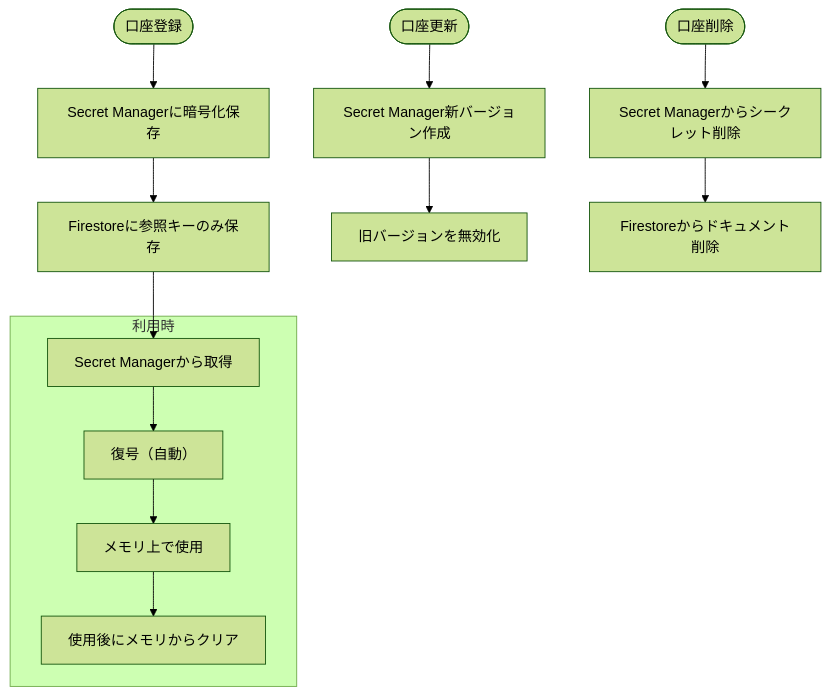
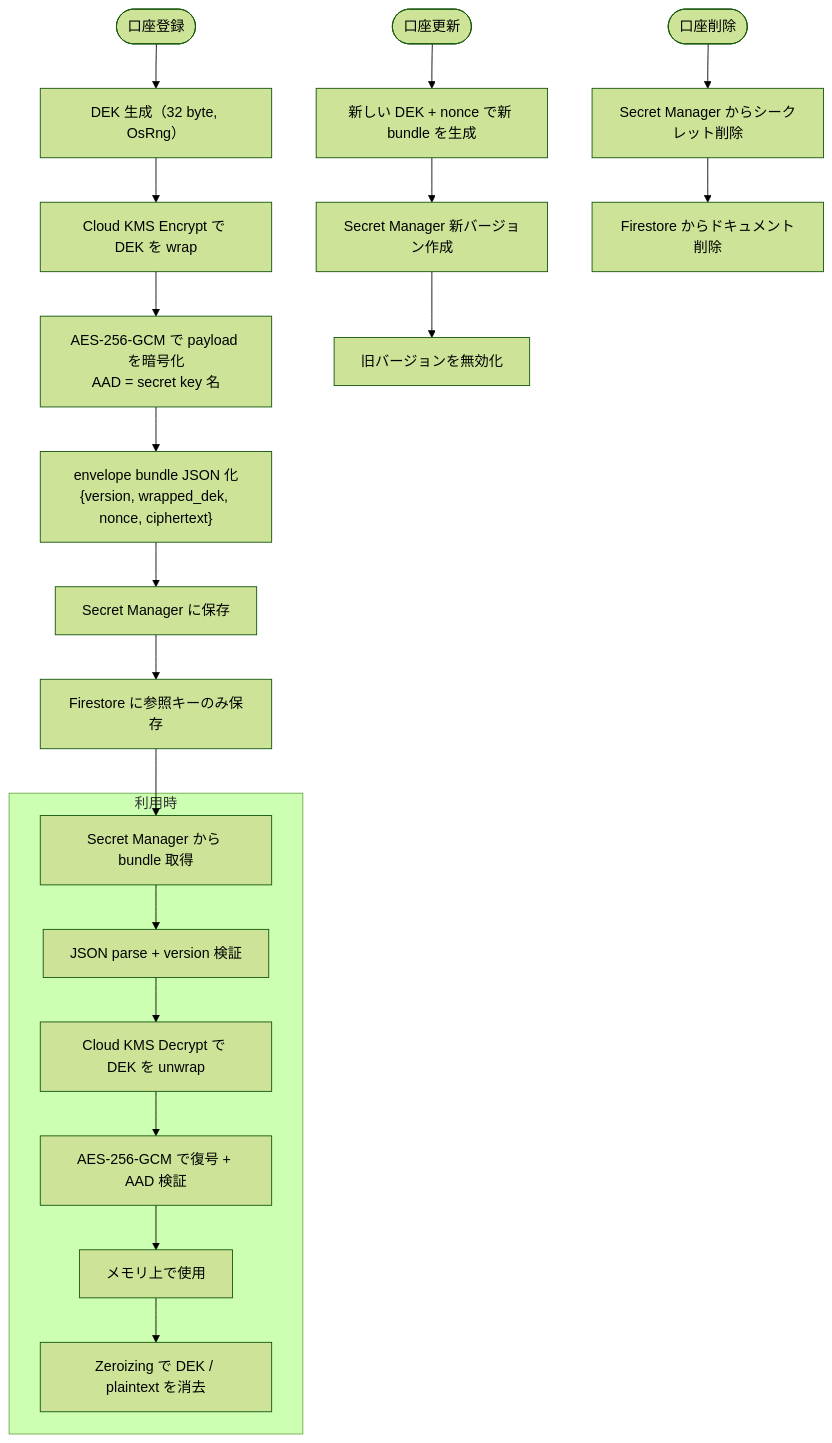
One commit to lihs-ie/ipotto changed the third of 5 diagrams in docs/09-security-design/security-design.md. Above: the diagram before and after it, drawn with Mermaid (forest theme). The commit also changed other lines of this file and 2 other files, not shown here.

First line of the commit message:
docs: document envelope encryption for credential storage

````diff
--- a/docs/09-security-design/security-design.md
+++ b/docs/09-security-design/security-design.md
@@ -206,19 +215,26 @@
 ```mermaid
 flowchart TD
-    Create([口座登録]) --> Encrypt[Secret Managerに暗号化保存]
-    Encrypt --> Store[Firestoreに参照キーのみ保存]
+    Create([口座登録]) --> GenDek["DEK 生成（32 byte, OsRng）"]
+    GenDek --> WrapDek[Cloud KMS Encrypt で DEK を wrap]
+    WrapDek --> AesGcm["AES-256-GCM で payload を暗号化<br>AAD = secret key 名"]
+    AesGcm --> Bundle["envelope bundle JSON 化<br>{version, wrapped_dek, nonce, ciphertext}"]
+    Bundle --> StoreSecret[Secret Manager に保存]
+    StoreSecret --> StoreRef[Firestore に参照キーのみ保存]
 
     subgraph Usage["利用時"]
-        Retrieve[Secret Managerから取得] --> Decrypt[復号（自動）]
-        Decrypt --> UseInMemory[メモリ上で使用]
-        UseInMemory --> Clear[使用後にメモリからクリア]
+        Fetch[Secret Manager から bundle 取得] --> Parse[JSON parse + version 検証]
+        Parse --> UnwrapDek[Cloud KMS Decrypt で DEK を unwrap]
+        UnwrapDek --> AesDecrypt[AES-256-GCM で復号 + AAD 検証]
+        AesDecrypt --> UseInMemory[メモリ上で使用]
+        UseInMemory --> Clear["Zeroizing で DEK / plaintext を消去"]
     end
 
-    Store --> Retrieve
+    StoreRef --> Fetch
 
-    Update([口座更新]) --> NewVersion[Secret Manager新バージョン作成]
+    Update([口座更新]) --> NewBundle[新しい DEK + nonce で新 bundle を生成]
+    NewBundle --> NewVersion[Secret Manager 新バージョン作成]
     NewVersion --> DisableOld[旧バージョンを無効化]
 
-    Delete([口座削除]) --> DeleteSecret[Secret Managerからシークレット削除]
-    DeleteSecret --> DeleteFirestore[Firestoreからドキュメント削除]
+    Delete([口座削除]) --> DeleteSecret[Secret Manager からシークレット削除]
+    DeleteSecret --> DeleteFirestore[Firestore からドキュメント削除]
 ```
````
